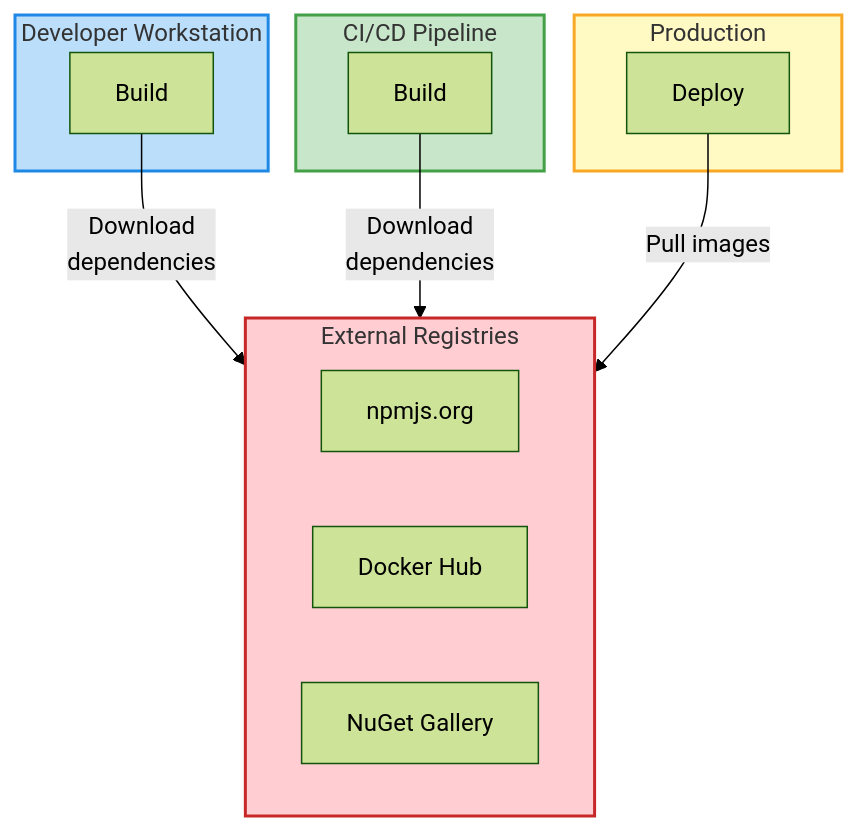
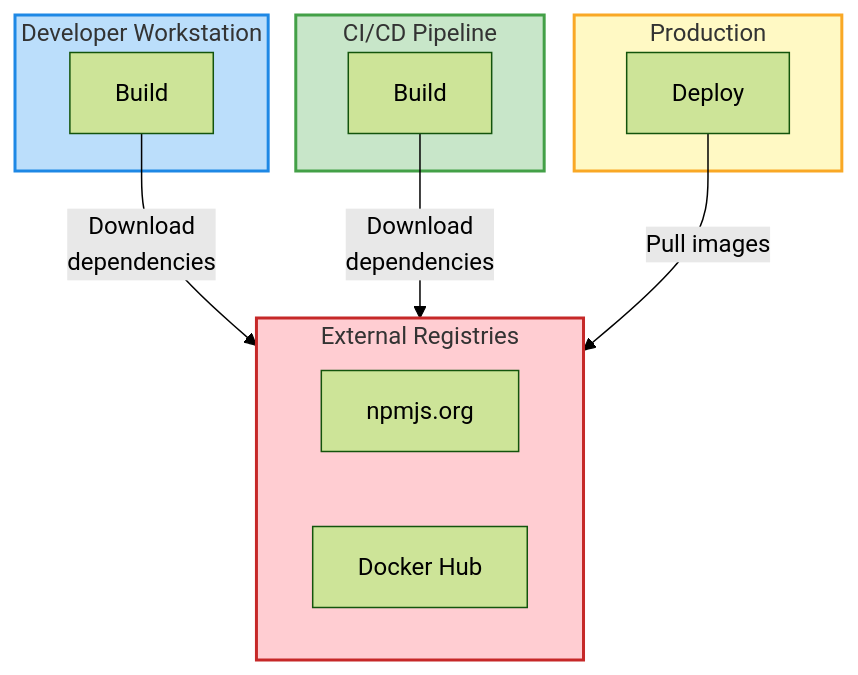
Before and after one commit to jeanparpaillon/tuto_devops_slides: the first of 4 diagrams in slides/pages/dev-intro-artifactory.md, drawn with Mermaid (forest theme). The commit also changed other lines of this file, not shown here.

Commit message:
Remove NuGet references and improve Node.js/Docker focus in exercises

````diff
--- a/slides/pages/dev-intro-artifactory.md
+++ b/slides/pages/dev-intro-artifactory.md
@@ -43,29 +43,28 @@
 ```mermaid
 flowchart TB
   subgraph dev["Developer Workstation"]
     A[Build]
   end
   
   subgraph internet["External Registries"]
     B[npmjs.org]
     C[Docker Hub]
-    D[NuGet Gallery]
   end
   
   subgraph ci["CI/CD Pipeline"]
     E[Build]
   end
   
   subgraph prod["Production"]
     F[Deploy]
   end
   
   A -->|Download<br/>dependencies| internet
   E -->|Download<br/>dependencies| internet
   F -->|Pull images| internet
   
   style internet fill:#ffcdd2,stroke:#c62828,stroke-width:2px
   style dev fill:#bbdefb,stroke:#1e88e5,stroke-width:2px
   style ci fill:#c8e6c9,stroke:#43a047,stroke-width:2px
   style prod fill:#fff9c4,stroke:#f9a825,stroke-width:2px
 ```
````
